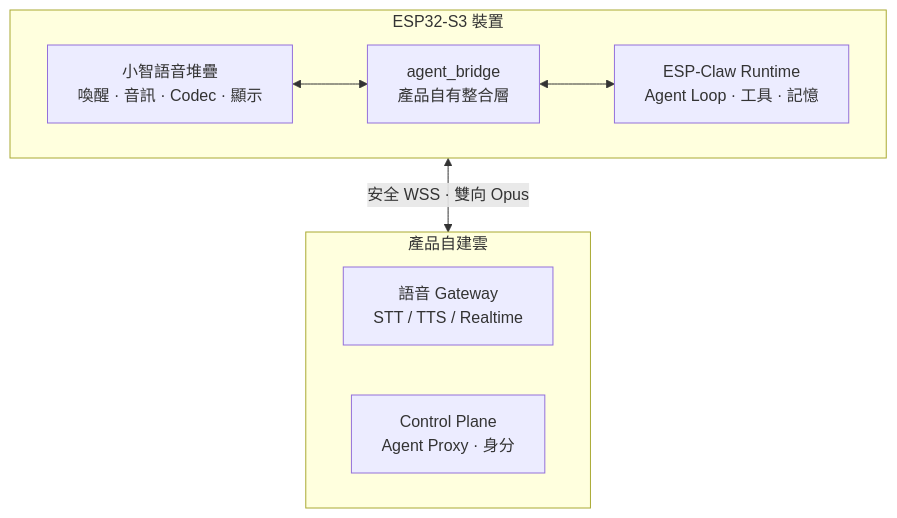
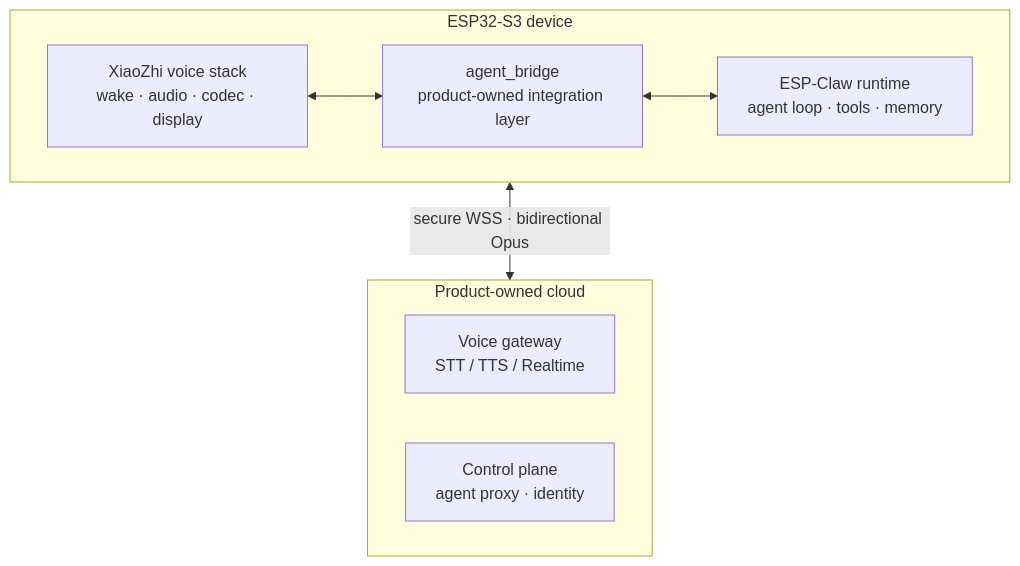
Before and after one commit to jiapunk/xiaozhi-esp-claw-blueprint: the diagram in README.md, drawn with Mermaid. The commit also changed other lines of this file and 2 other files, not shown here.

````diff
--- a/README.md
+++ b/README.md
@@ -38,14 +46,14 @@
 ```mermaid
 flowchart TB
-    subgraph DEV["ESP32-S3 裝置"]
-        VOICE["小智語音堆疊<br/>喚醒 · 音訊 · Codec · 顯示"]
-        BR["agent_bridge<br/>產品自有整合層"]
-        CLAW["ESP-Claw Runtime<br/>Agent Loop · 工具 · 記憶"]
+    subgraph DEV["ESP32-S3 device"]
+        VOICE["XiaoZhi voice stack<br/>wake · audio · codec · display"]
+        BR["agent_bridge<br/>product-owned integration layer"]
+        CLAW["ESP-Claw runtime<br/>agent loop · tools · memory"]
         VOICE <--> BR <--> CLAW
     end
-    subgraph CLOUD["產品自建雲"]
-        GW["語音 Gateway<br/>STT / TTS / Realtime"]
-        CP["Control Plane<br/>Agent Proxy · 身分"]
+    subgraph CLOUD["Product-owned cloud"]
+        GW["Voice gateway<br/>STT / TTS / Realtime"]
+        CP["Control plane<br/>agent proxy · identity"]
     end
-    DEV <-->|"安全 WSS · 雙向 Opus"| CLOUD
+    DEV <-->|"secure WSS · bidirectional Opus"| CLOUD
 ```
````
